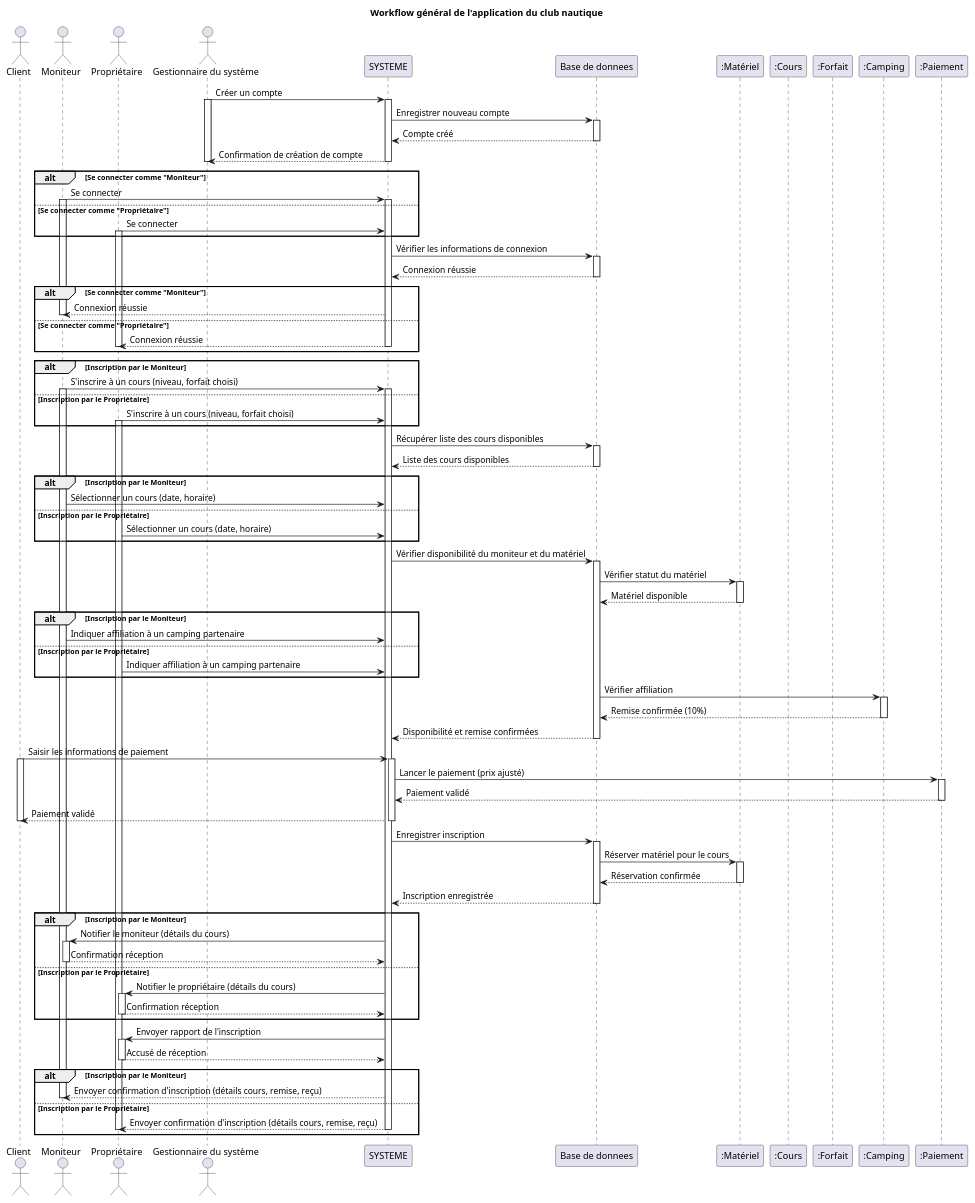
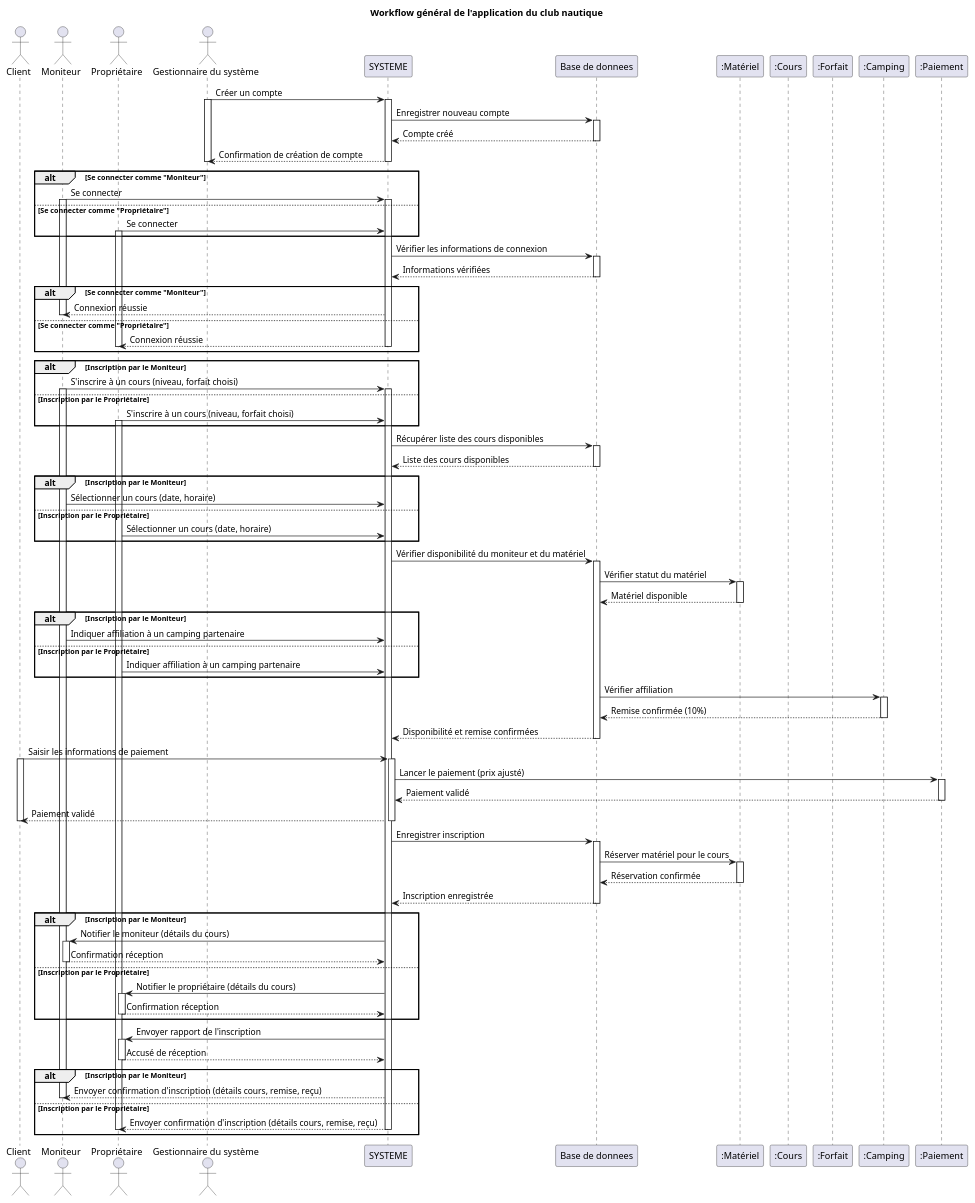
Before and after one commit to Hugo-COLLIN/MIAGE_CSI_NauticalClub: the diagram in docs/1-analysis/sequenceDiagrams/workflowSequenceDiagram.puml, drawn with PlantUML.

Commit message:
docs: "Informations vérifiées"

```diff
--- a/docs/1-analysis/sequenceDiagrams/workflowSequenceDiagram.puml
+++ b/docs/1-analysis/sequenceDiagrams/workflowSequenceDiagram.puml
@@ -1,138 +1,138 @@
 @startuml
 actor Client as C
 actor "Moniteur" as M
 actor "Propriétaire" as P
 actor "Gestionnaire du système" as A
 participant "SYSTEME" as App
 participant "Base de donnees" as DB
 participant ":Matériel" as Mat
 participant ":Cours" as Cour
 participant ":Forfait" as Forf
 participant ":Camping" as Camp
 participant ":Paiement" as Pay
 
 title Workflow général de l'application du club nautique
 
 A -> App : Créer un compte
 activate A
 activate App
 App -> DB : Enregistrer nouveau compte
 activate DB
 DB --> App : Compte créé
 deactivate DB
 App --> A : Confirmation de création de compte
 deactivate App
 deactivate A
 
 alt Se connecter comme "Moniteur"
     M -> App : Se connecter
     activate M
     activate App
 else Se connecter comme "Propriétaire"
     P -> App : Se connecter
     activate P
 end
 
 App -> DB : Vérifier les informations de connexion
-    activate DB
-    DB --> App : Connexion réussie
-    deactivate DB
+activate DB
+DB --> App : Informations vérifiées
+deactivate DB
 
 alt Se connecter comme "Moniteur"
     App --> M : Connexion réussie
     deactivate M
 else Se connecter comme "Propriétaire"
     App --> P : Connexion réussie
     deactivate P
     deactivate App
 end
 
 alt Inscription par le Moniteur
     M -> App : S'inscrire à un cours (niveau, forfait choisi)
     activate M
     activate App
 else Inscription par le Propriétaire
     P -> App : S'inscrire à un cours (niveau, forfait choisi)
     activate P
 end
 
 activate App
 
 App -> DB : Récupérer liste des cours disponibles
 activate DB
 DB --> App : Liste des cours disponibles
 deactivate DB
 
 alt Inscription par le Moniteur
     M -> App : Sélectionner un cours (date, horaire)
 else Inscription par le Propriétaire
     P -> App : Sélectionner un cours (date, horaire)
 end
 
 App -> DB : Vérifier disponibilité du moniteur et du matériel
 activate DB
 DB -> Mat : Vérifier statut du matériel
 activate Mat
 Mat --> DB : Matériel disponible
 deactivate Mat
 
 alt Inscription par le Moniteur
     M -> App : Indiquer affiliation à un camping partenaire
 else Inscription par le Propriétaire
     P -> App : Indiquer affiliation à un camping partenaire
 end
 
 DB -> Camp : Vérifier affiliation
 activate Camp
 Camp --> DB : Remise confirmée (10%)
 deactivate Camp
 
 DB --> App : Disponibilité et remise confirmées
 deactivate DB
 
 C -> App : Saisir les informations de paiement
 activate C
 activate App
 App -> Pay : Lancer le paiement (prix ajusté)
 activate Pay
 Pay --> App : Paiement validé
 deactivate Pay
 App --> C : Paiement validé
 deactivate C
 deactivate App
 
 App -> DB : Enregistrer inscription
 activate DB
 DB -> Mat : Réserver matériel pour le cours
 activate Mat
 Mat --> DB : Réservation confirmée
 deactivate Mat
 DB --> App : Inscription enregistrée
 deactivate DB
 
 alt Inscription par le Moniteur
     App -> M : Notifier le moniteur (détails du cours)
     activate M
     M --> App : Confirmation réception
     deactivate M
 else Inscription par le Propriétaire
     App -> P : Notifier le propriétaire (détails du cours)
     activate P
     P --> App : Confirmation réception
     deactivate P
 end
 
 App -> P : Envoyer rapport de l'inscription
 activate P
 P --> App : Accusé de réception
 deactivate P
 
 alt Inscription par le Moniteur
     App --> M : Envoyer confirmation d'inscription (détails cours, remise, reçu)
     deactivate M
 else Inscription par le Propriétaire
     App --> P : Envoyer confirmation d'inscription (détails cours, remise, reçu)
     deactivate App
     deactivate P
 end
 @enduml
```
